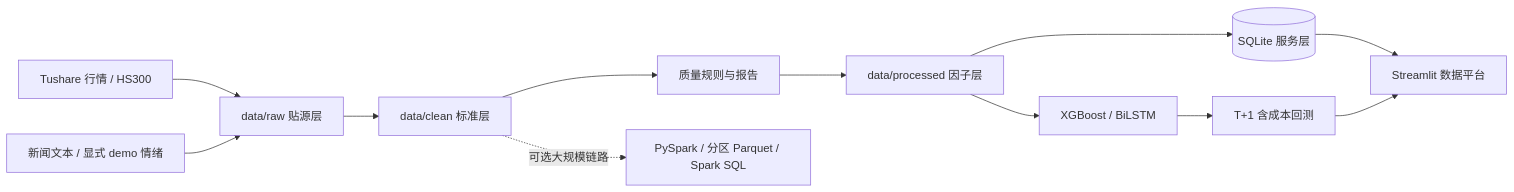
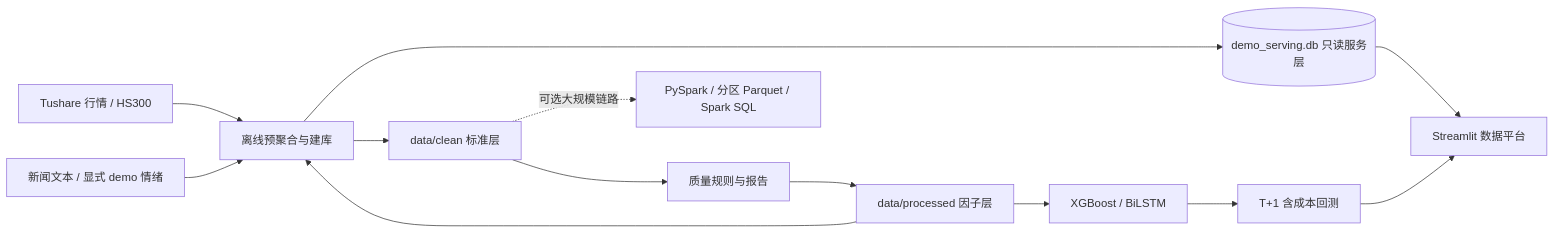
The diagram in projects/01-a-stock-quant-analysis/README.md (duerm85-cell/data-analysis-portfolio), drawn with Mermaid before and after one commit. The commit also changed other lines of this file and 15 other files, not shown here.

Commit message:
feat: add SQLite serving layer for portfolio app

````diff
--- a/projects/01-a-stock-quant-analysis/README.md
+++ b/projects/01-a-stock-quant-analysis/README.md
@@ -63,14 +65,15 @@
 ```mermaid
 flowchart LR
     A[Tushare 行情 / HS300] --> B[data/raw 贴源层]
     N[新闻文本 / 显式 demo 情绪] --> B
     B --> C[data/clean 标准层]
     C --> Q[质量规则与报告]
     Q --> D[data/processed 因子层]
-    D --> S[(SQLite 服务层)]
+    D --> B[离线预聚合与建库]
+    B --> S[(demo_serving.db 只读服务层)]
     D --> M[XGBoost / BiLSTM]
     M --> T[T+1 含成本回测]
     S --> V[Streamlit 数据平台]
     T --> V
     C -. 可选大规模链路 .-> P[PySpark / 分区 Parquet / Spark SQL]
 ```
````
